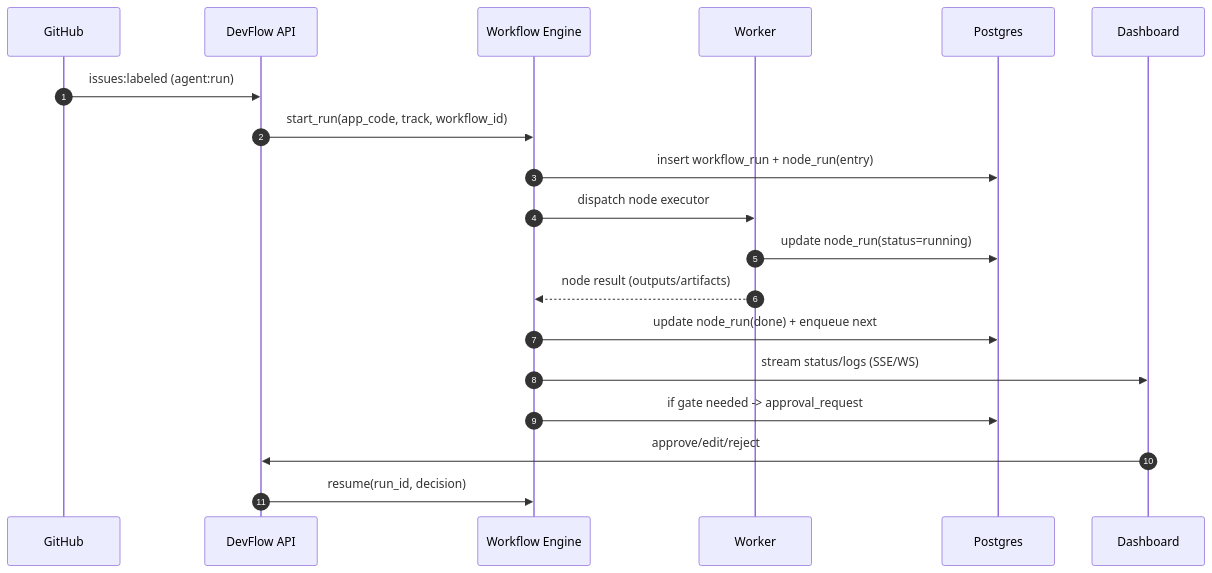
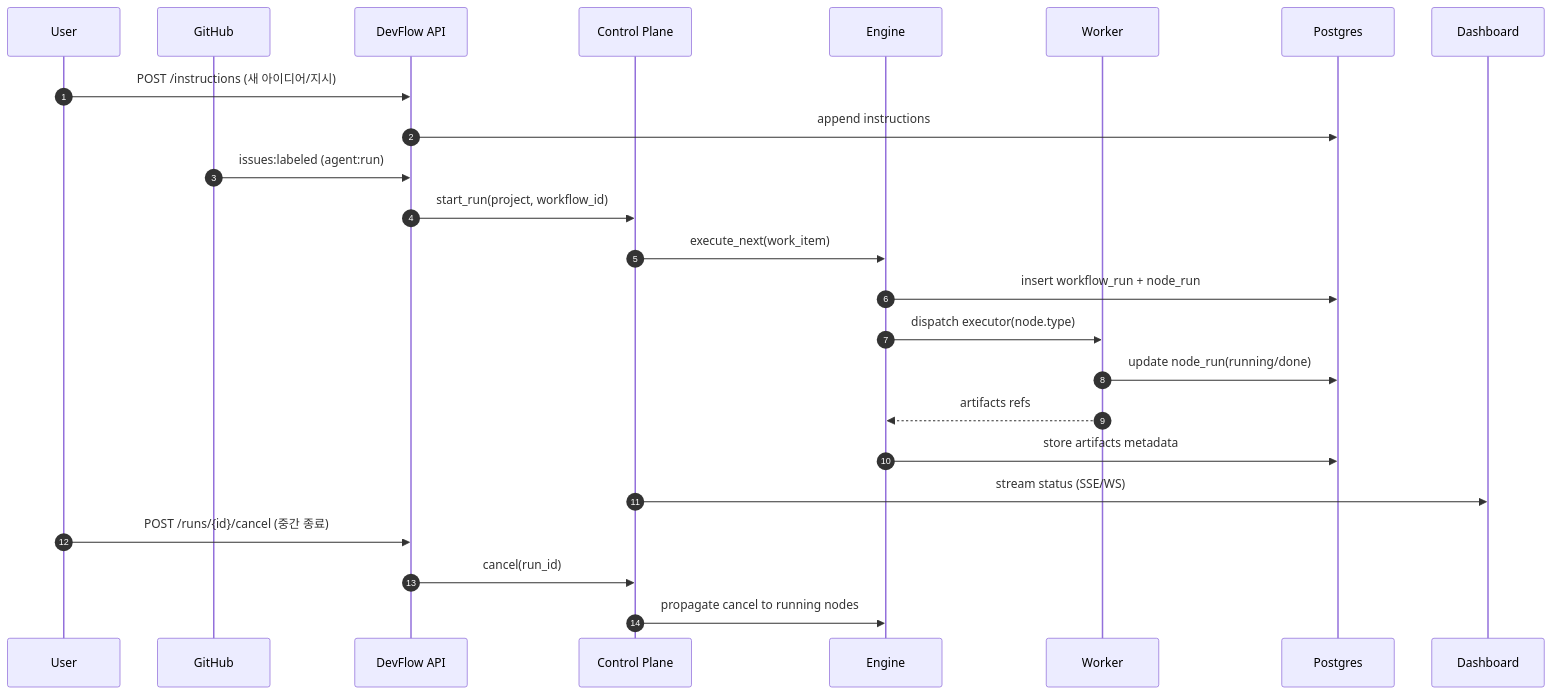
Before and after one commit to manbalboy/gift: the second of 2 diagrams in SPEC.md, drawn with Mermaid. The commit also changed other lines of this file, not shown here.

````diff
--- a/SPEC.md
+++ b/SPEC.md
@@ -362,22 +337,27 @@
 ```mermaid
 sequenceDiagram
   autonumber
+  participant User as User
   participant GH as GitHub
   participant API as DevFlow API
-  participant ENG as Workflow Engine
+  participant CP as Control Plane
+  participant ENG as Engine
   participant WK as Worker
   participant DB as Postgres
   participant UI as Dashboard
 
+  User->>API: POST /instructions (새 아이디어/지시)
+  API->>DB: append instructions
   GH->>API: issues:labeled (agent:run)
-  API->>ENG: start_run(app_code, track, workflow_id)
-  ENG->>DB: insert workflow_run + node_run(entry)
-  ENG->>WK: dispatch node executor
-  WK->>DB: update node_run(status=running)
-  WK-->>ENG: node result (outputs/artifacts)
-  ENG->>DB: update node_run(done) + enqueue next
-  ENG->>UI: stream status/logs (SSE/WS)
-  ENG->>DB: if gate needed -> approval_request
-  UI->>API: approve/edit/reject
-  API->>ENG: resume(run_id, decision)
+  API->>CP: start_run(project, workflow_id)
+  CP->>ENG: execute_next(work_item)
+  ENG->>DB: insert workflow_run + node_run
+  ENG->>WK: dispatch executor(node.type)
+  WK->>DB: update node_run(running/done)
+  WK-->>ENG: artifacts refs
+  ENG->>DB: store artifacts metadata
+  CP->>UI: stream status (SSE/WS)
+  User->>API: POST /runs/{id}/cancel (중간 종료)
+  API->>CP: cancel(run_id)
+  CP->>ENG: propagate cancel to running nodes
 ```
````
